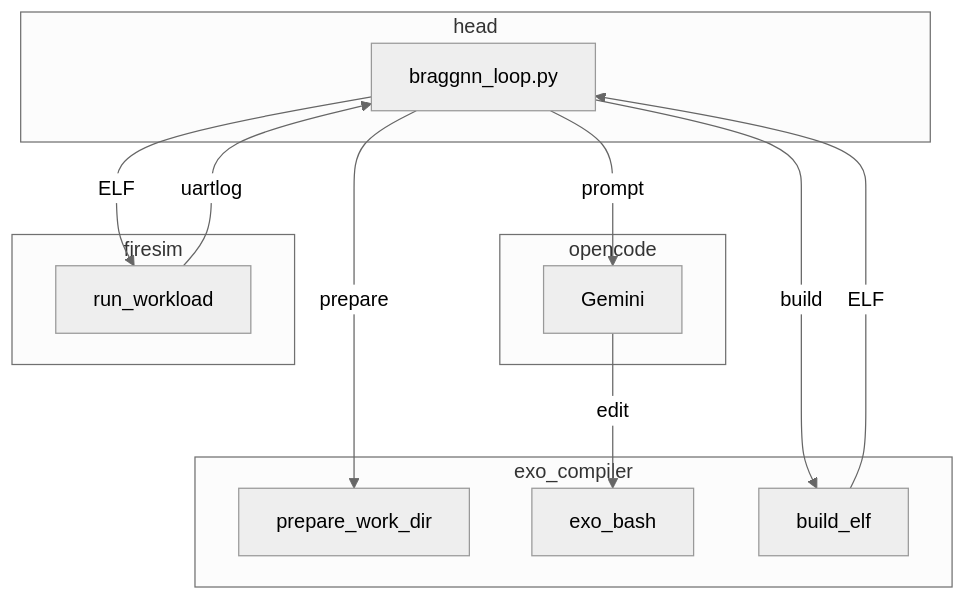
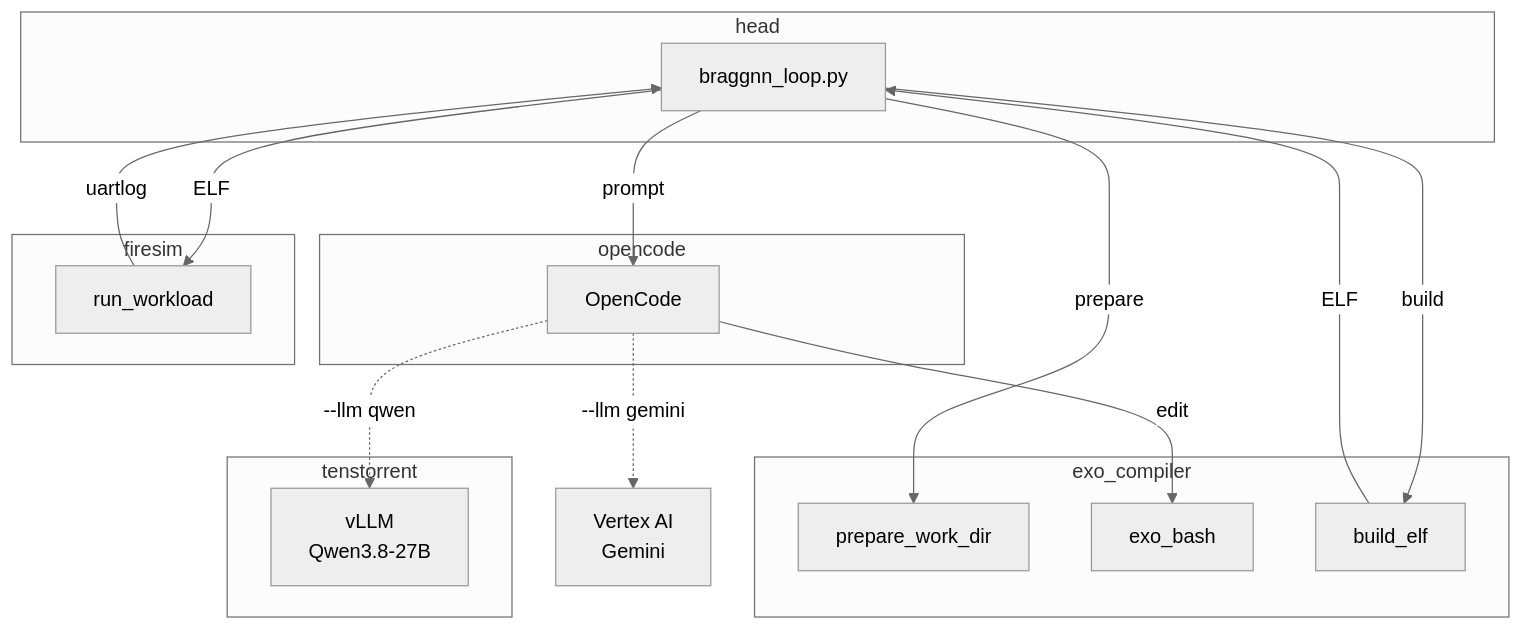
One commit to ANL-TUT/chia-braggnn-workspace changed the diagram in README.md. Above: the diagram before and after it, drawn with Mermaid (neutral theme). The commit also changed other lines of this file, not shown here.

Commit message:
ドキュメント更新

````diff
--- a/README.md
+++ b/README.md
@@ -29,28 +29,37 @@
 ```mermaid
 graph TD
     subgraph head[head]
         D[braggnn_loop.py]
     end
 
     subgraph llm[opencode]
-        L[Gemini]
+        L[OpenCode]
     end
+
+    V[Vertex AI<br/>Gemini]
+
+    subgraph tt[tenstorrent]
+        Q[vLLM<br/>Qwen3.8-27B]
+    end
+
+    L -.->|"--llm gemini"| V
+    L -.->|"--llm qwen"| Q
 
     subgraph exo[exo_compiler]
         S[prepare_work_dir]
         B[exo_bash]
         E[build_elf]
     end
 
     subgraph fire[firesim]
         F[run_workload]
     end
 
     D -->|prepare| S
     D -->|prompt| L
     L -->|edit| B
     D -->|build| E
     E -->|ELF| D
     D -->|ELF| F
     F -->|uartlog| D
 ```
````
